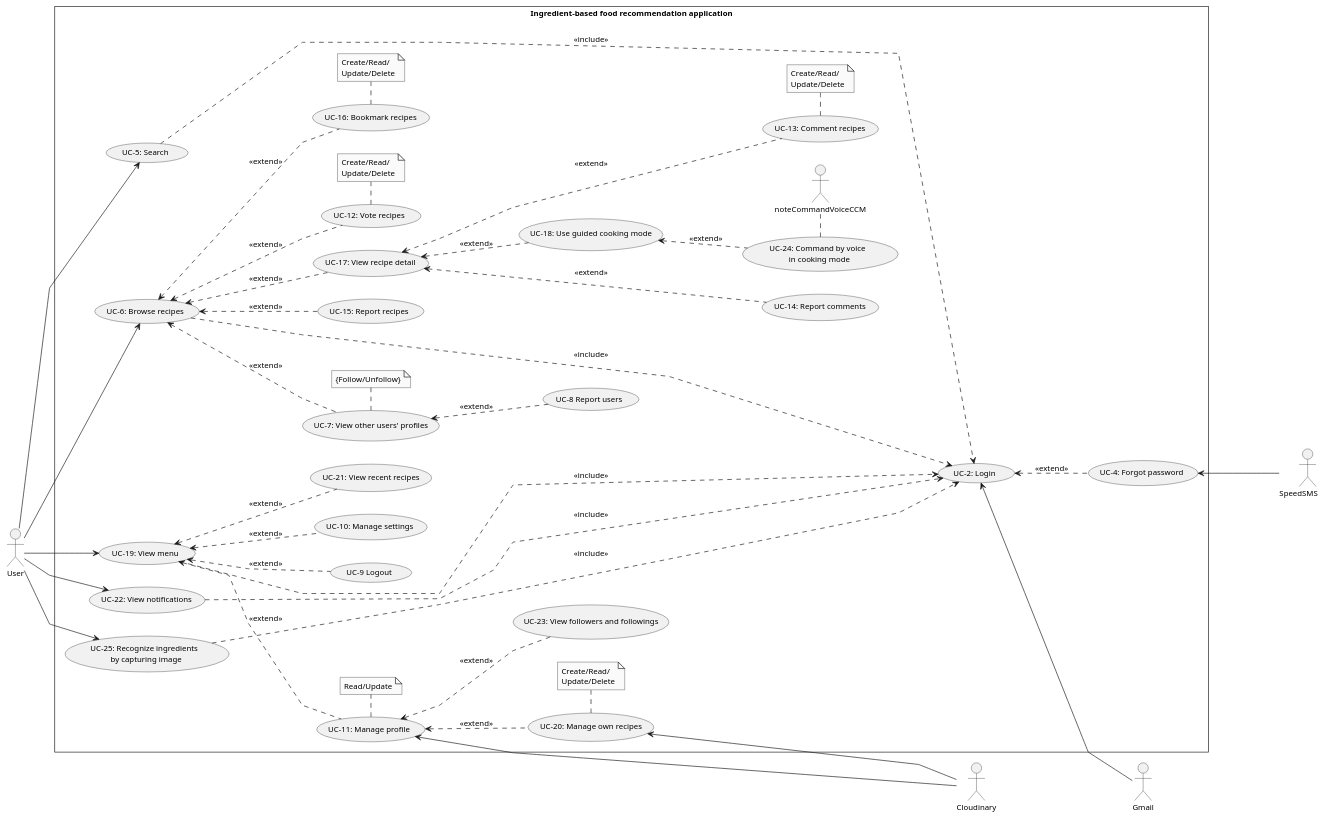
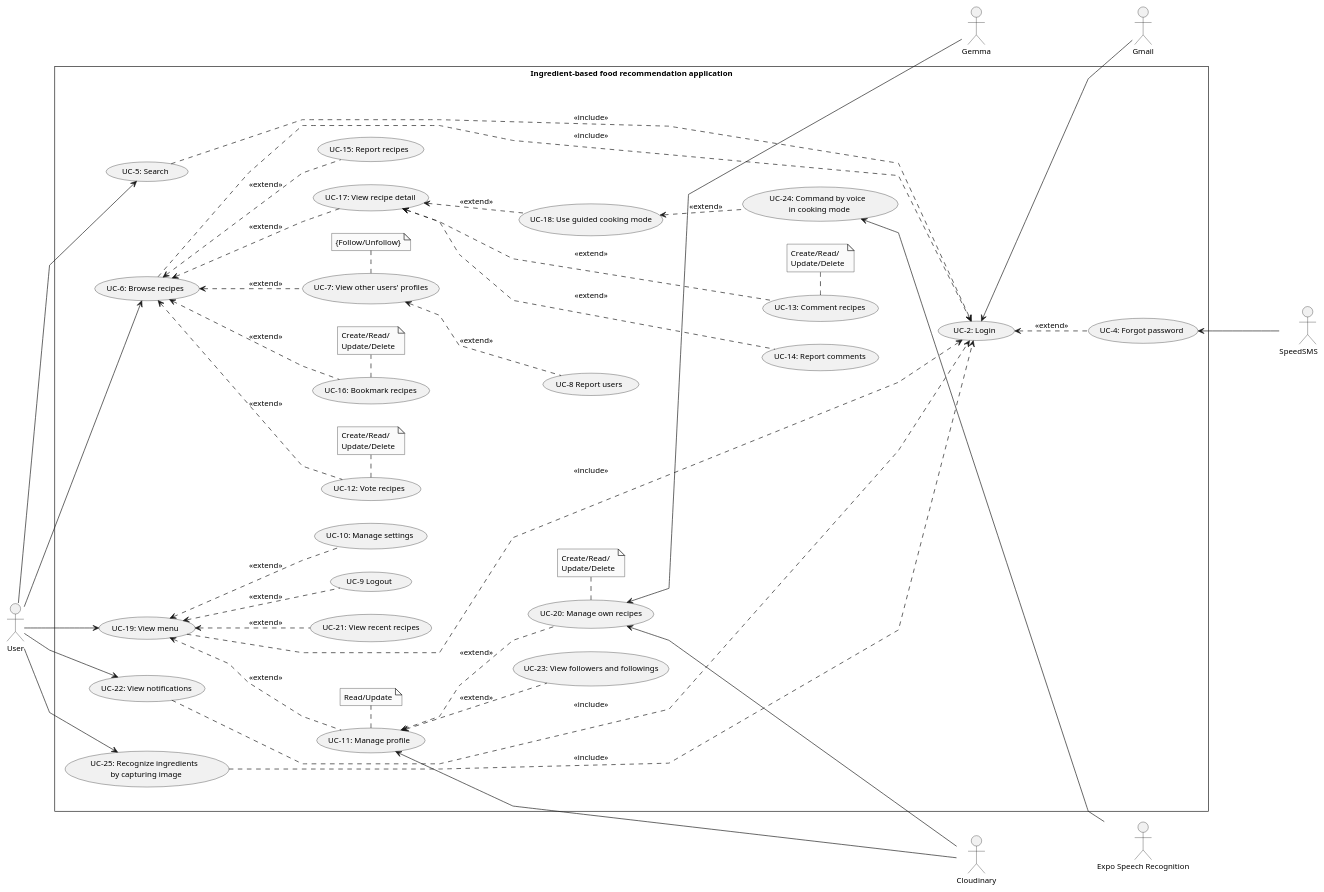
One commit to Carl-Johnsons/tastopia changed the diagram in doc/SRS/Usecase/UserUsecase/UserUsecase.plantuml. Above: the diagram before and after it, drawn with PlantUML.

Commit message:
doc: update user use case

```diff
--- a/doc/SRS/Usecase/UserUsecase/UserUsecase.plantuml
+++ b/doc/SRS/Usecase/UserUsecase/UserUsecase.plantuml
@@ -1,98 +1,101 @@
 @startuml UserUsecase
 skinparam style strictuml
 skinparam monochrome true
 skinparam linetype polyline
 skinparam defaultFontSize 12
 left to right direction
 actor "User" as user
 actor "Gmail" as gmail
 actor "Cloudinary" as cl
 actor "SpeedSMS         " as sms
+actor "Gemma" as gemma
+actor "Expo Speech Recognition" as speech
 
 rectangle Ingredient-based<U+0020>food<U+0020>recommendation<U+0020>application {
     usecase "UC-2: Login" as ucLogin
     usecase "UC-4: Forgot password" as ucForgotPassword
     usecase "UC-8 Report users" as ucReportUser
     usecase "UC-9 Logout" as ucLogout
     usecase "UC-10: Manage settings" as ucManageSetting
     usecase "UC-11: Manage profile" as ucManageProfile
 
     usecase "UC-5: Search" as ucSearch
     usecase "UC-6: Browse recipes" as ucBrowseRecipes
     usecase "UC-12: Vote recipes" as ucVoteRecipe
     usecase "UC-13: Comment recipes" as ucCmtRecipe
     usecase "UC-14: Report comments" as ucReportComment
     usecase "UC-15: Report recipes" as ucReportRecipe
     usecase "UC-16: Bookmark recipes" as ucBookmarkRecipe
     usecase "UC-17: View recipe detail" as ucViewRecipeDetail
     usecase "UC-18: Use guided cooking mode" as ucGuidedCCM
     usecase "UC-7: View other users' profiles" as ucViewUSProfile
 
     usecase "UC-19: View menu" as ucViewMenu
     usecase "UC-20: Manage own recipes" as ucManageRecipe
     usecase "UC-21: View recent recipes" as ucViewRecentRecipes
 
     usecase "UC-22: View notifications" as ucViewNotif
     usecase "UC-23: View followers and followings" as ucViewFollow
 
     note "Create/Read/\nUpdate/Delete" as noteManageRecipe
     note "Read/Update" as noteManageProfile
     note "Create/Read/\nUpdate/Delete" as noteVoteRecipe
     note "Create/Read/\nUpdate/Delete" as noteCmtRecipe
     note "Create/Read/\nUpdate/Delete" as noteBookmarkRecipe
     note "{Follow/Unfollow}" as noteViewUSProfile
 
     user --> ucSearch
 
     user --> ucBrowseRecipes
         ucBrowseRecipes <.. ucVoteRecipe : <<extend>>
             ucVoteRecipe . noteVoteRecipe
         ucBrowseRecipes <.. ucReportRecipe : <<extend>>
         ucBrowseRecipes <.. ucViewRecipeDetail : <<extend>>
             ucViewRecipeDetail <... ucCmtRecipe : <<extend>>
                 ucCmtRecipe . noteCmtRecipe
             ucViewRecipeDetail <... ucReportComment : <<extend>>
             ucViewRecipeDetail <.. ucGuidedCCM : <<extend>>
         ucBrowseRecipes <.. ucBookmarkRecipe : <<extend>>
             ucBookmarkRecipe . noteBookmarkRecipe
         ucBrowseRecipes <.. ucViewUSProfile : <<extend>>
             ucViewUSProfile . noteViewUSProfile
             ucViewUSProfile <.. ucReportUser : <<extend>>
 
     user --> ucViewMenu
         ucViewMenu <.. ucManageProfile : <<extend>>
             ucManageProfile . noteManageProfile
             ucManageProfile <.. ucManageRecipe : <<extend>>
             ucManageProfile <.. ucViewFollow : <<extend>>
                 ucManageRecipe . noteManageRecipe
         ucViewMenu <.. ucManageSetting : <<extend>>
         ucViewMenu <.. ucViewRecentRecipes : <<extend>>
         ucViewMenu <.. ucLogout : <<extend>>
 
     user --> ucViewNotif
     
     gmail -up-> ucLogin
     cl --up-> ucManageProfile
     cl --up-> ucManageRecipe
+    gemma --up-> ucManageRecipe
     sms --up-> ucForgotPassword
 
     ucSearch .....> ucLogin : <<include>>
     ucBrowseRecipes .....> ucLogin : <<include>>
     ucViewMenu .....> ucLogin : <<include>>
     ucViewNotif .....>ucLogin : <<include>>
     ucLogin <.. ucForgotPassword : <<extend>>
 
 
     usecase "UC-24: Command by voice \n in cooking mode" as ucCommandVoiceCCM
     usecase "UC-25: Recognize ingredients \n by capturing image" as ucRecognizeIngre
 
+    speech --up-> ucCommandVoiceCCM
 
     user --> ucRecognizeIngre
     ucGuidedCCM <.. ucCommandVoiceCCM : <<extend>>
-        ucCommandVoiceCCM . noteCommandVoiceCCM
 
     ucRecognizeIngre .....> ucLogin : <<include>>
 
 }
 
 @enduml
```
